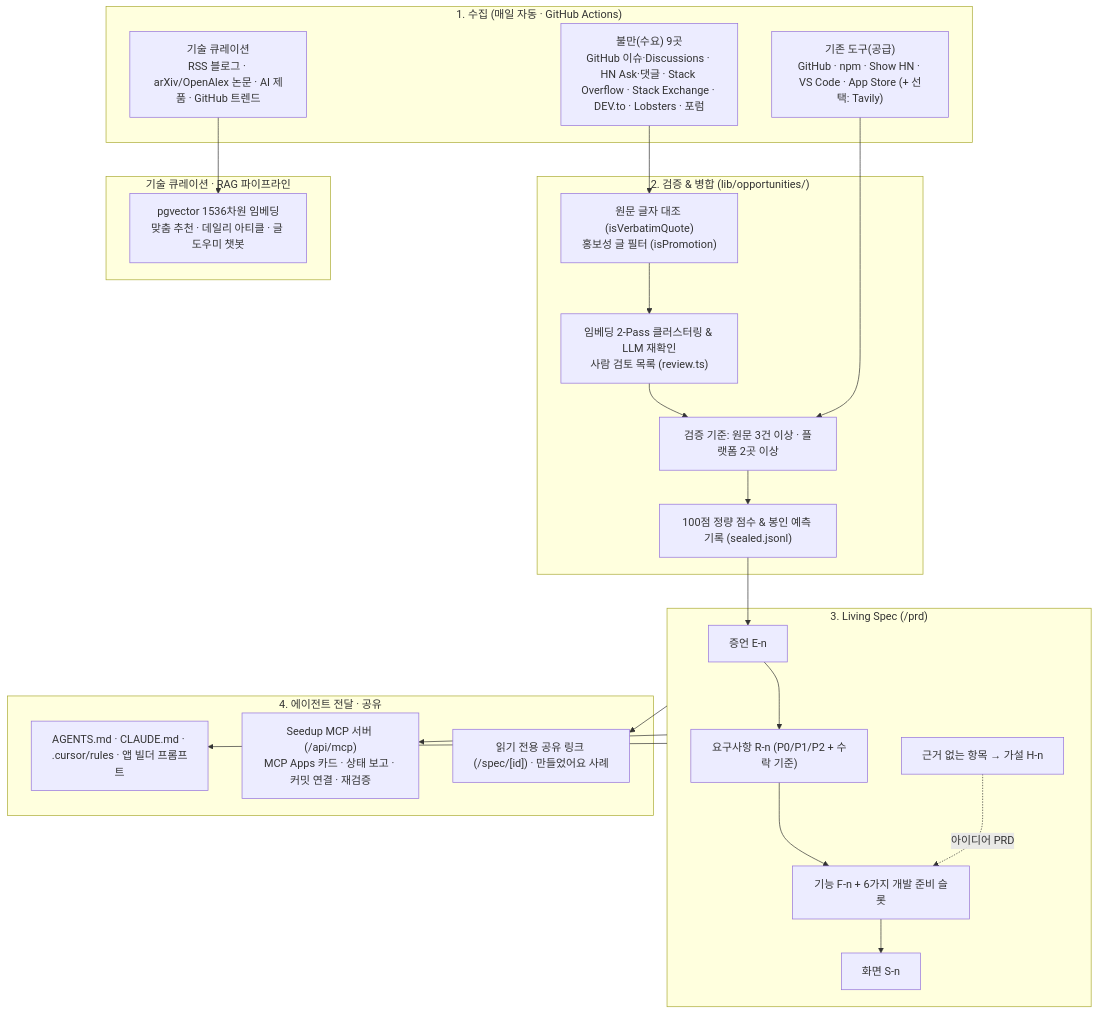
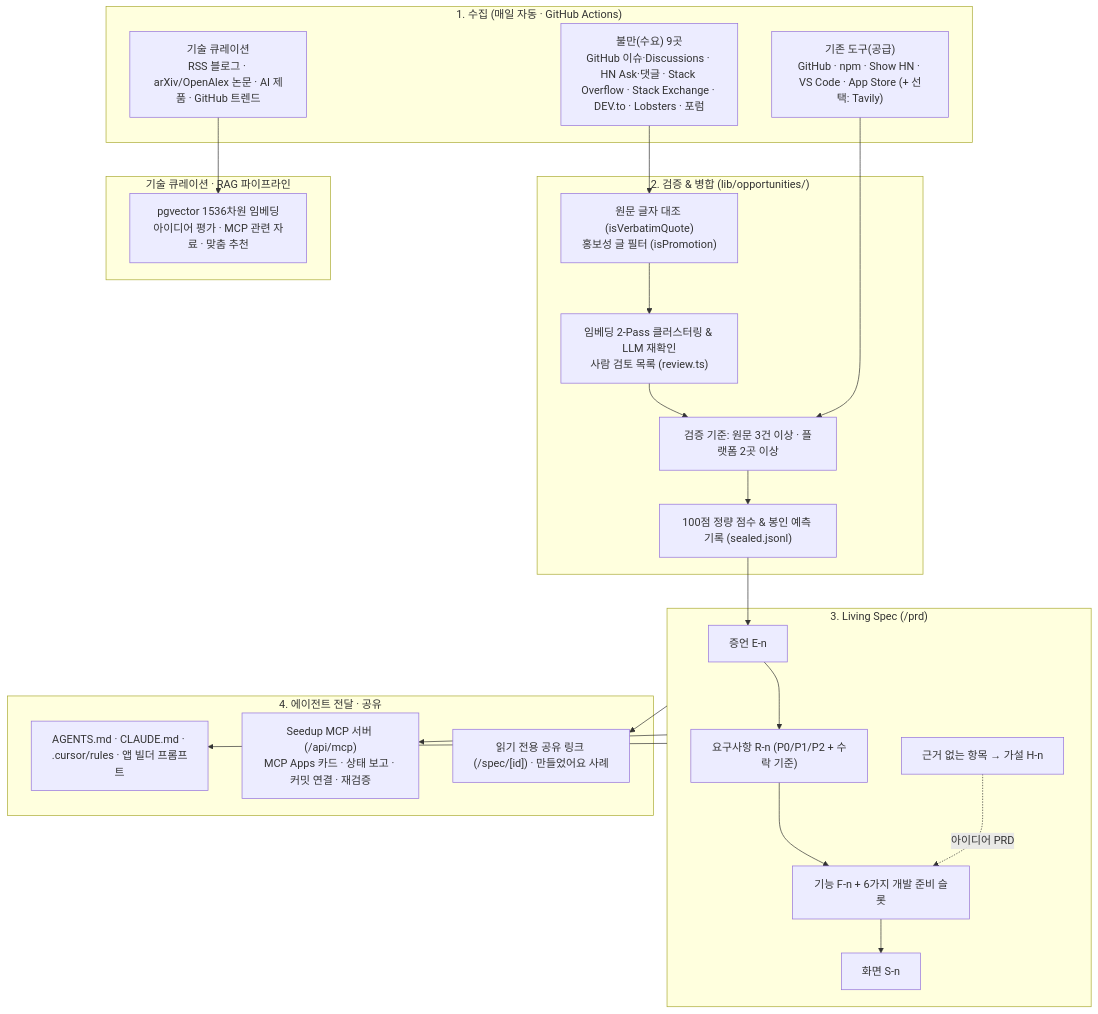
Before and after one commit to rerereally/Seedup_ver2: the diagram in README.md, drawn with Mermaid. The commit also changed other lines of this file, not shown here.

Commit message:
fix(docs): AG-5 README RAG 파이프라인 및 글 도우미 챗봇 설명 현행화

````diff
--- a/README.md
+++ b/README.md
@@ -46,41 +46,41 @@
 ```mermaid
 flowchart TB
   subgraph S["1. 수집 (매일 자동 · GitHub Actions)"]
     D1["불만(수요) 9곳<br/>GitHub 이슈·Discussions · HN Ask·댓글 · Stack Overflow · Stack Exchange · DEV.to · Lobsters · 포럼"]
     D2["기존 도구(공급)<br/>GitHub · npm · Show HN · VS Code · App Store (+ 선택: Tavily)"]
     D3["기술 큐레이션<br/>RSS 블로그 · arXiv/OpenAlex 논문 · AI 제품 · GitHub 트렌드"]
   end
 
   subgraph V["2. 검증 & 병합 (lib/opportunities/)"]
     V1["원문 글자 대조 (isVerbatimQuote)<br/>홍보성 글 필터 (isPromotion)"]
     V2["임베딩 2-Pass 클러스터링 & LLM 재확인<br/>사람 검토 목록 (review.ts)"]
     V3["검증 기준: 원문 3건 이상 · 플랫폼 2곳 이상"]
     V4["100점 정량 점수 & 봉인 예측 기록 (sealed.jsonl)"]
     V1 --> V2 --> V3 --> V4
   end
 
   subgraph C["기술 큐레이션 · RAG 파이프라인"]
-    RAG["pgvector 1536차원 임베딩<br/>맞춤 추천 · 데일리 아티클 · 글 도우미 챗봇"]
+    RAG["pgvector 1536차원 임베딩<br/>아이디어 평가 · MCP 관련 자료 · 맞춤 추천"]
   end
 
   subgraph L["3. Living Spec (/prd)"]
     E["증언 E-n"] --> R["요구사항 R-n (P0/P1/P2 + 수락 기준)"]
     R --> F["기능 F-n + 6가지 개발 준비 슬롯"]
     F --> SC["화면 S-n"]
     H["근거 없는 항목 → 가설 H-n"] -. "아이디어 PRD" .-> F
   end
 
   subgraph A["4. 에이전트 전달 · 공유"]
     A1["AGENTS.md · CLAUDE.md · .cursor/rules · 앱 빌더 프롬프트"]
     A2["Seedup MCP 서버 (/api/mcp)<br/>MCP Apps 카드 · 상태 보고 · 커밋 연결 · 재검증"]
     A3["읽기 전용 공유 링크 (/spec/[id]) · 만들었어요 사례"]
   end
 
   D1 --> V1
   D2 --> V3
   D3 --> RAG
   V4 --> E
   L --> A1
   L --> A2
   L --> A3
 ```
````
